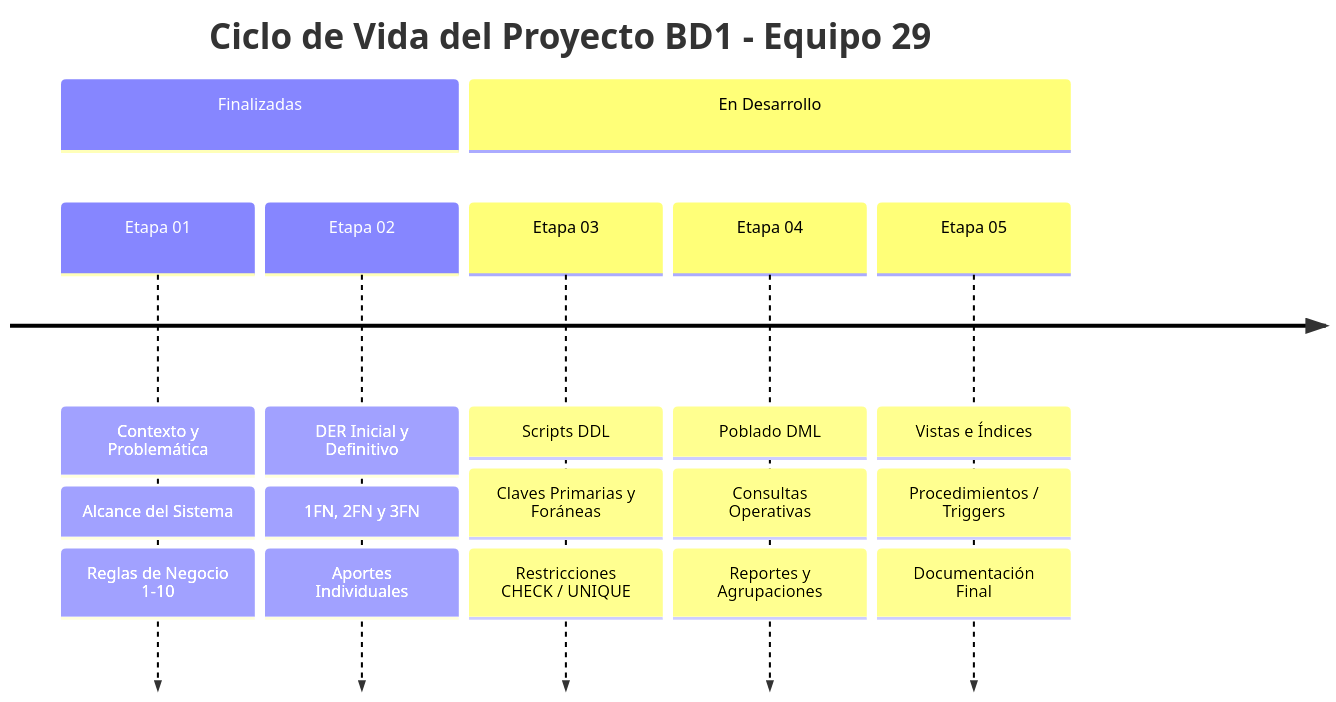
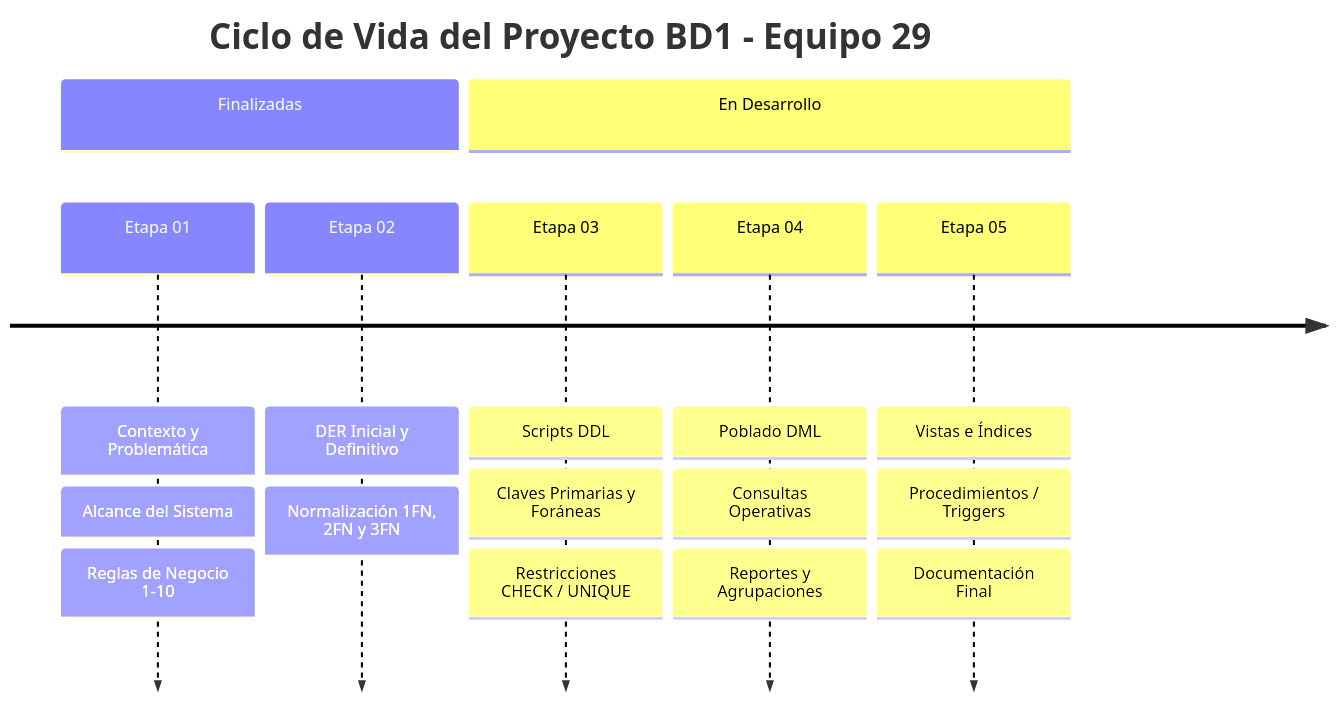
The first of 2 diagrams in README.md (sofinazaret6-gif/proyecto-bd1-equipo-29), drawn with Mermaid before and after one commit. The commit also changed other lines of this file, not shown here.

Commit message:
docs: actualizar README omitiendo menciones a aportes individuales temporales

````diff
--- a/README.md
+++ b/README.md
@@ -129,11 +126,11 @@
 ```mermaid
 timeline
     title Ciclo de Vida del Proyecto BD1 - Equipo 29
     section Finalizadas
         Etapa 01 : Contexto y Problemática : Alcance del Sistema : Reglas de Negocio 1-10
-        Etapa 02 : DER Inicial y Definitivo : 1FN, 2FN y 3FN : Aportes Individuales
+        Etapa 02 : DER Inicial y Definitivo : Normalización 1FN, 2FN y 3FN
     section En Desarrollo
         Etapa 03 : Scripts DDL : Claves Primarias y Foráneas : Restricciones CHECK / UNIQUE
         Etapa 04 : Poblado DML : Consultas Operativas : Reportes y Agrupaciones
         Etapa 05 : Vistas e Índices : Procedimientos / Triggers : Documentación Final
 ```
````
